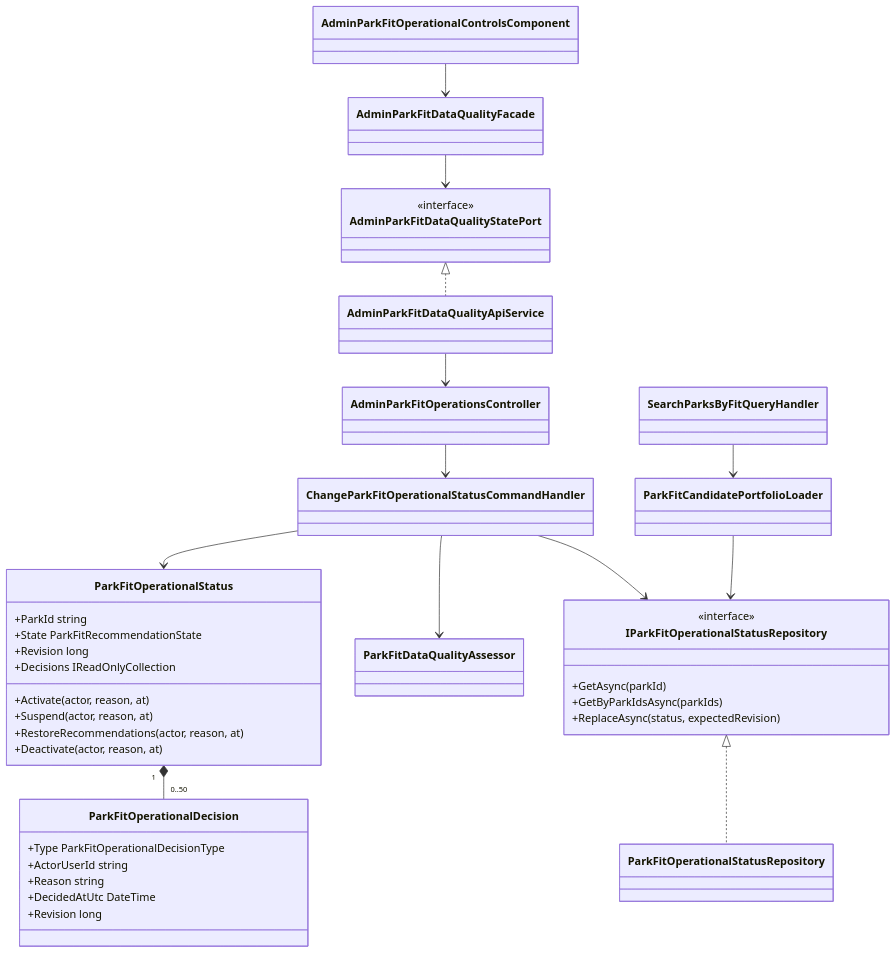
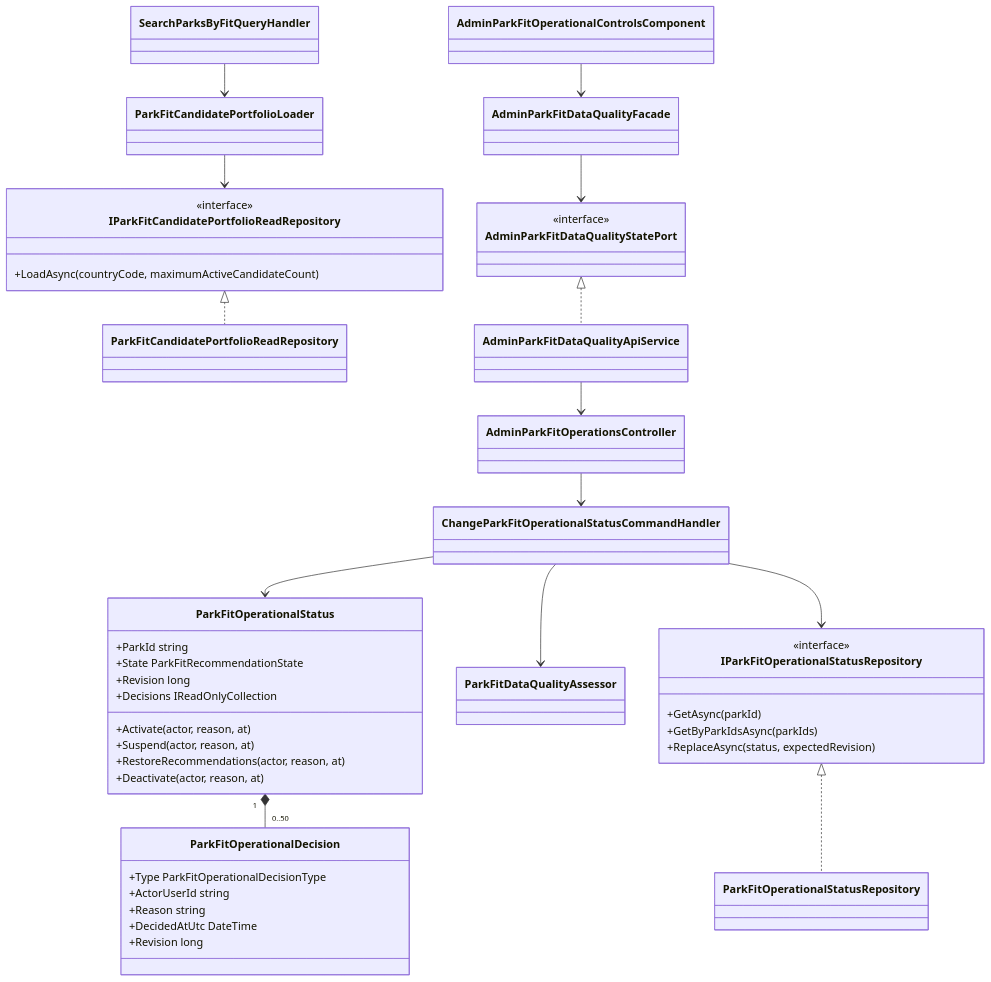
One commit to Ced59/AmusementParkProject changed the second of 4 diagrams in docs/architecture/product-growth-fit-15-portfolio-activation-2026-09-14.md. Above: the diagram before and after it, drawn with Mermaid. The commit also changed other lines of this file and 10 other files, not shown here.

Commit message:
perf(fit): query the active portfolio directly

````diff
--- a/docs/architecture/product-growth-fit-15-portfolio-activation-2026-09-14.md
+++ b/docs/architecture/product-growth-fit-15-portfolio-activation-2026-09-14.md
@@ -52,51 +52,57 @@
 ```mermaid
 classDiagram
     class ParkFitOperationalStatus {
       +ParkId string
       +State ParkFitRecommendationState
       +Revision long
       +Decisions IReadOnlyCollection
       +Activate(actor, reason, at)
       +Suspend(actor, reason, at)
       +RestoreRecommendations(actor, reason, at)
       +Deactivate(actor, reason, at)
     }
     class ParkFitOperationalDecision {
       +Type ParkFitOperationalDecisionType
       +ActorUserId string
       +Reason string
       +DecidedAtUtc DateTime
       +Revision long
     }
     class ChangeParkFitOperationalStatusCommandHandler
     class ParkFitDataQualityAssessor
     class IParkFitOperationalStatusRepository {
       <<interface>>
       +GetAsync(parkId)
       +GetByParkIdsAsync(parkIds)
       +ReplaceAsync(status, expectedRevision)
     }
     class ParkFitOperationalStatusRepository
     class SearchParksByFitQueryHandler
     class ParkFitCandidatePortfolioLoader
+    class IParkFitCandidatePortfolioReadRepository {
+      <<interface>>
+      +LoadAsync(countryCode, maximumActiveCandidateCount)
+    }
+    class ParkFitCandidatePortfolioReadRepository
     class AdminParkFitOperationalControlsComponent
     class AdminParkFitDataQualityFacade
     class AdminParkFitDataQualityStatePort {
       <<interface>>
     }
     class AdminParkFitDataQualityApiService
     class AdminParkFitOperationsController
 
     ParkFitOperationalStatus "1" *-- "0..50" ParkFitOperationalDecision
     ChangeParkFitOperationalStatusCommandHandler --> ParkFitOperationalStatus
     ChangeParkFitOperationalStatusCommandHandler --> ParkFitDataQualityAssessor
     ChangeParkFitOperationalStatusCommandHandler --> IParkFitOperationalStatusRepository
     IParkFitOperationalStatusRepository <|.. ParkFitOperationalStatusRepository
     SearchParksByFitQueryHandler --> ParkFitCandidatePortfolioLoader
-    ParkFitCandidatePortfolioLoader --> IParkFitOperationalStatusRepository
+    ParkFitCandidatePortfolioLoader --> IParkFitCandidatePortfolioReadRepository
+    IParkFitCandidatePortfolioReadRepository <|.. ParkFitCandidatePortfolioReadRepository
     AdminParkFitOperationalControlsComponent --> AdminParkFitDataQualityFacade
     AdminParkFitDataQualityFacade --> AdminParkFitDataQualityStatePort
     AdminParkFitDataQualityStatePort <|.. AdminParkFitDataQualityApiService
     AdminParkFitDataQualityApiService --> AdminParkFitOperationsController
     AdminParkFitOperationsController --> ChangeParkFitOperationalStatusCommandHandler
 ```
````
